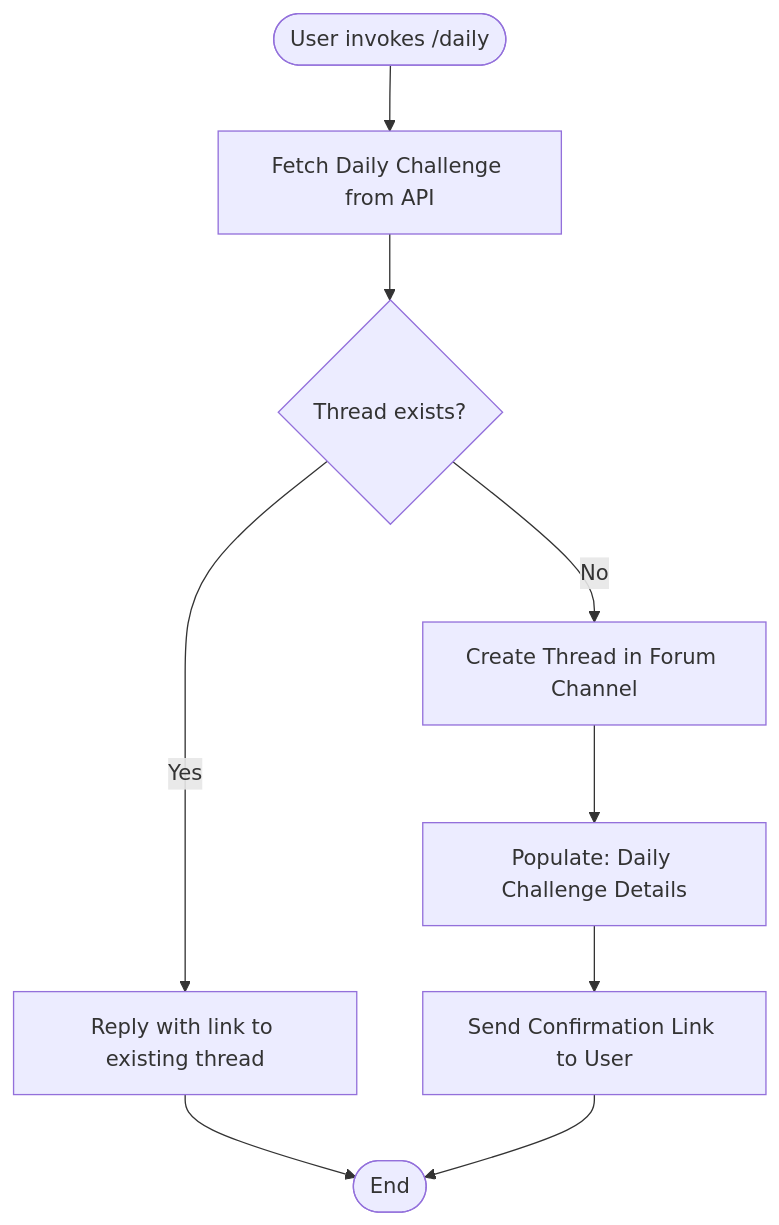
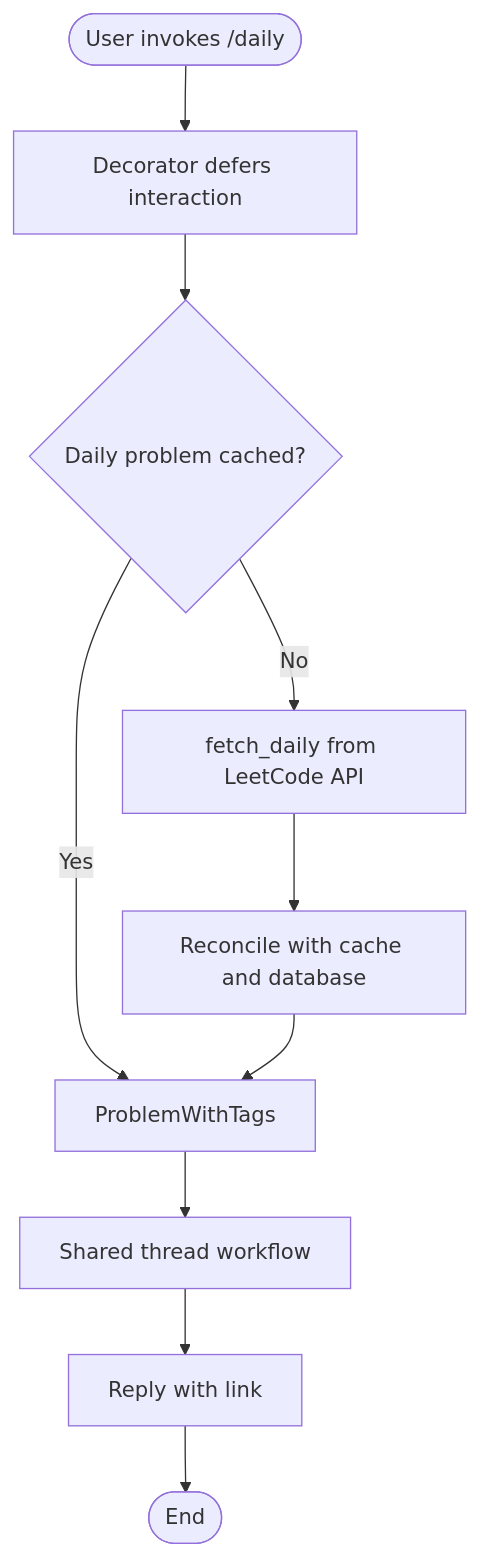
The second of 2 diagrams in docs/architecture/main-feature.md (xDDoubleTea/LeetCodeBot), drawn with Mermaid before and after one commit. The commit also changed other lines of this file and 2 other files, not shown here.

Commit message:
docs: bring the development and architecture pages up to date (#58)

````diff
--- a/docs/architecture/main-feature.md
+++ b/docs/architecture/main-feature.md
@@ -115,17 +85,14 @@
 ```mermaid
 flowchart TD
-Start([User invokes /daily]) --> FetchAPI[Fetch Daily Challenge from API]
+    Start([User invokes /daily]) --> Defer[Decorator defers interaction]
+    Defer --> Cached{Daily problem cached?}
 
-    FetchAPI --> CheckThread{Thread exists?}
+    Cached -- Yes --> Resolved[ProblemWithTags]
+    Cached -- No --> FetchAPI[fetch_daily from LeetCode API]
+    FetchAPI --> Reconcile[Reconcile with cache and database]
+    Reconcile --> Resolved
 
-    %% Path if thread already exists
-    CheckThread -- Yes --> ReplyLink[Reply with link to existing thread]
-
-    %% Path if thread does not exist
-    CheckThread -- No --> CreateThread[Create Thread in Forum Channel]
-    CreateThread --> Populate[Populate: Daily Challenge Details]
-    Populate --> Confirm[Send Confirmation Link to User]
-
-    ReplyLink --> End([End])
-    Confirm --> End
+    Resolved --> Shared[Shared thread workflow]
+    Shared --> Confirm[Reply with link]
+    Confirm --> End([End])
 ```
````
